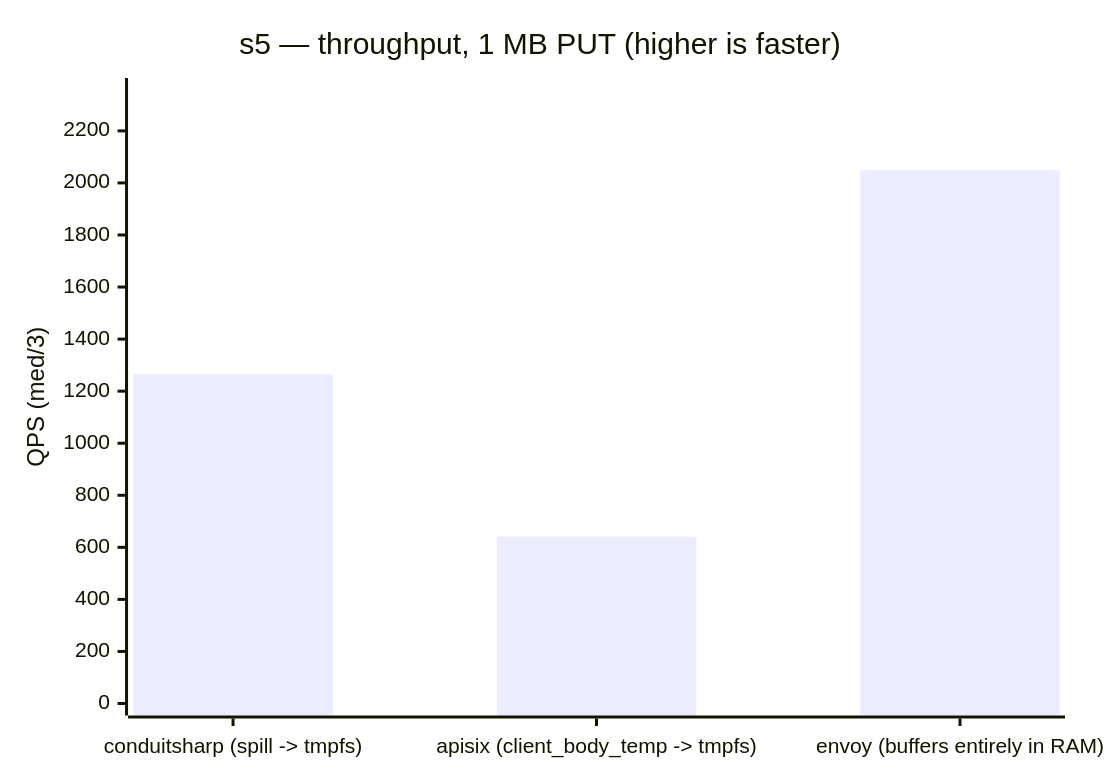
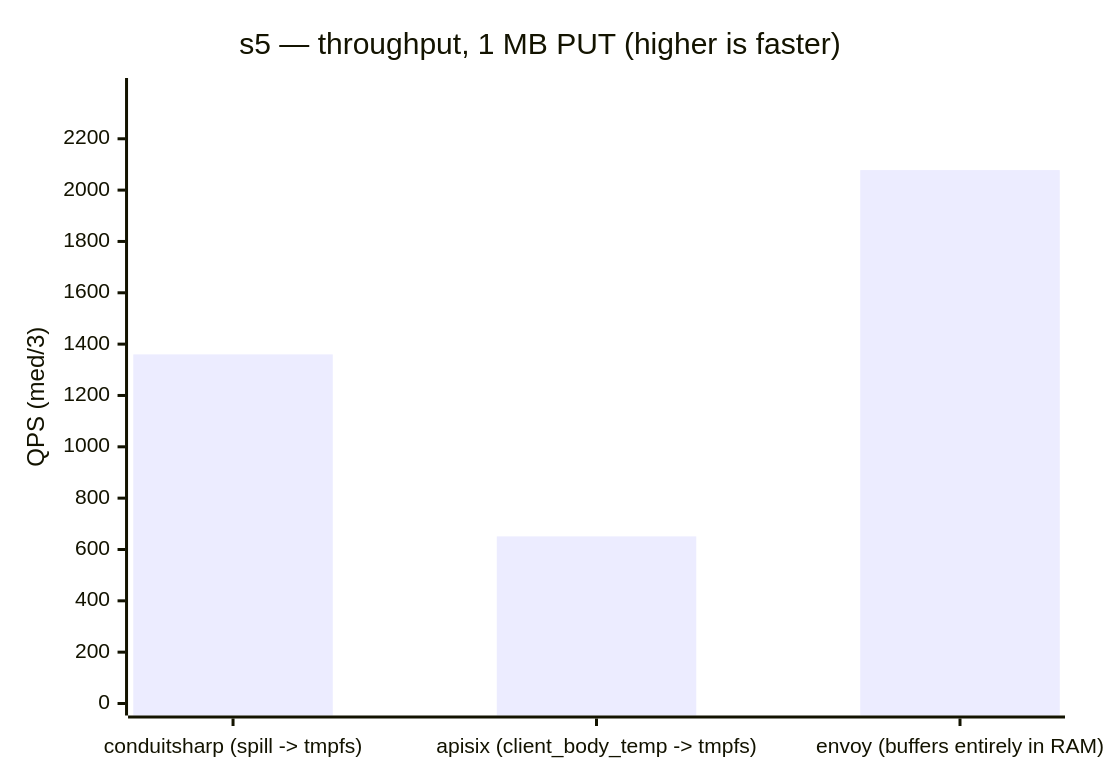
The second of 2 diagrams in benchmarks/load/README.md (liqngliz/ConduitSharp), drawn with Mermaid before and after one commit. The commit also changed other lines of this file and 1 other file, not shown here.

````diff
--- a/benchmarks/load/README.md
+++ b/benchmarks/load/README.md
@@ -135,7 +135,7 @@
 ```mermaid
 xychart-beta
     title "s5 — throughput, 1 MB PUT (higher is faster)"
     x-axis ["conduitsharp (spill -> tmpfs)", "apisix (client_body_temp -> tmpfs)", "envoy (buffers entirely in RAM)"]
-    y-axis "QPS (med/3)" 0 --> 2357
-    bar [1265, 641, 2049]
+    y-axis "QPS (med/3)" 0 --> 2390
+    bar [1360, 651, 2078]
 ```
````
